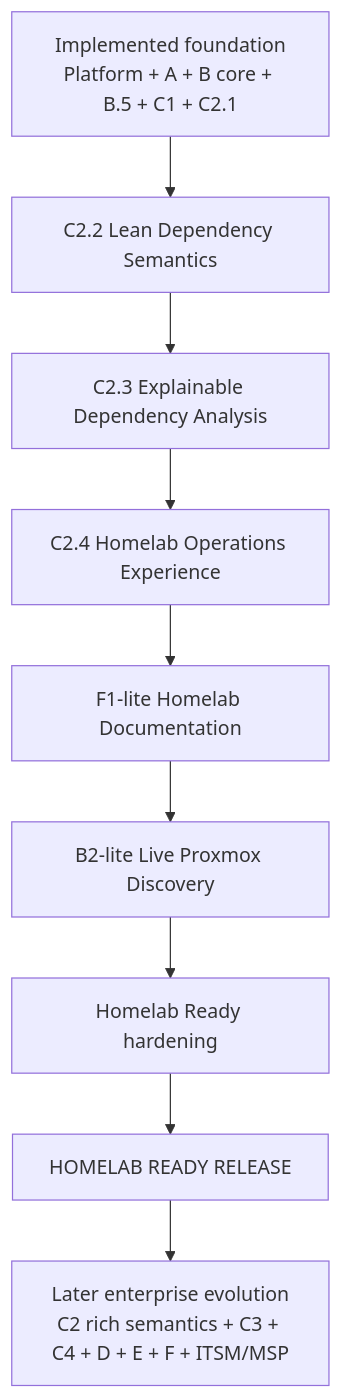
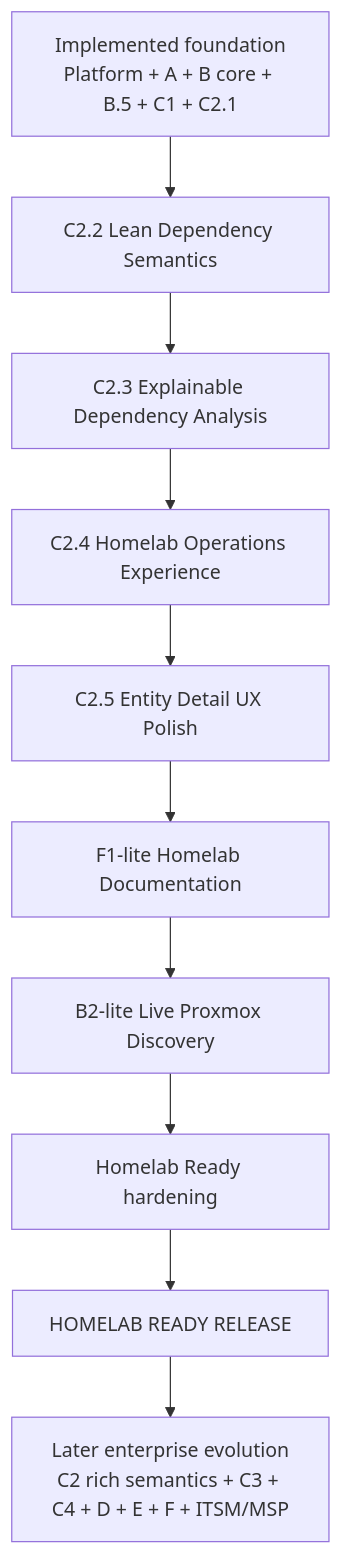
One commit to benchristian88/atlas changed the first of 2 diagrams in docs/product/development-roadmap.md. Above: the diagram before and after it, drawn with Mermaid. The commit also changed other lines of this file and 36 other files, not shown here.

````diff
--- a/docs/product/development-roadmap.md
+++ b/docs/product/development-roadmap.md
@@ -123,15 +124,16 @@
 ```mermaid
 flowchart TD
     BASE[Implemented foundation\nPlatform + A + B core + B.5 + C1 + C2.1]
     C22[C2.2 Lean Dependency Semantics]
     C23[C2.3 Explainable Dependency Analysis]
     C24[C2.4 Homelab Operations Experience]
+    C25[C2.5 Entity Detail UX Polish]
     F1L[F1-lite Homelab Documentation]
     B2L[B2-lite Live Proxmox Discovery]
     HARDEN[Homelab Ready hardening]
     READY[HOMELAB READY RELEASE]
     LATER[Later enterprise evolution\nC2 rich semantics + C3 + C4 + D + E + F + ITSM/MSP]
 
-    BASE --> C22 --> C23 --> C24 --> F1L --> B2L --> HARDEN --> READY
+    BASE --> C22 --> C23 --> C24 --> C25 --> F1L --> B2L --> HARDEN --> READY
     READY --> LATER
 ```
````
